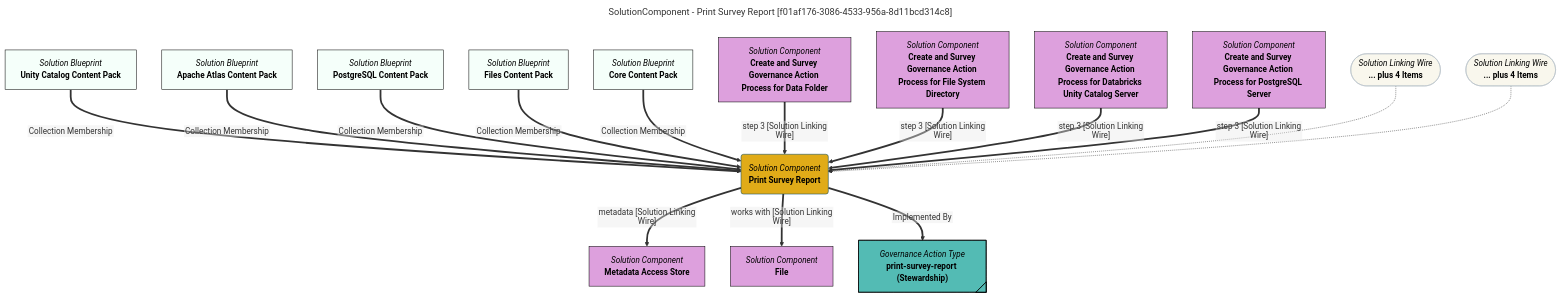
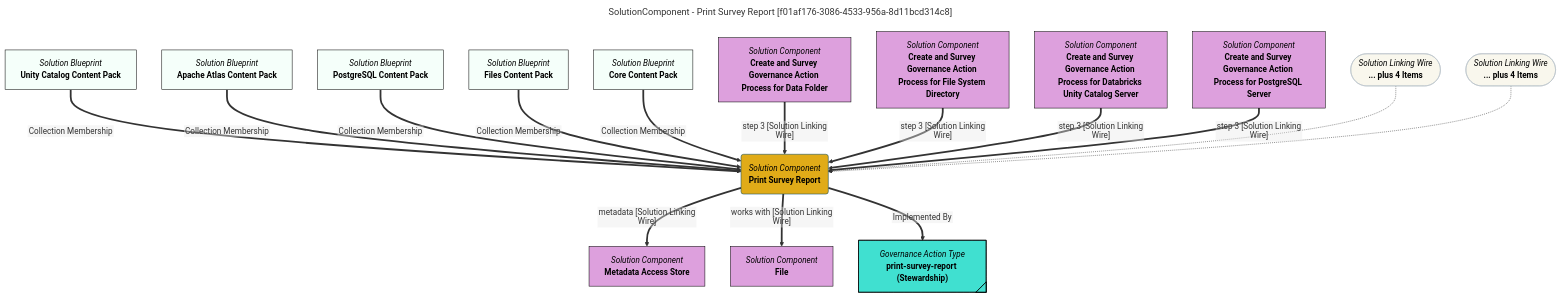
The diagram in site/snippets/blueprints/components/print-survey-report-mermaid-graph.md (odpi/egeria-docs), drawn with Mermaid before and after one commit. The commit also changed 2201 other files, not shown here.

````diff
--- a/site/snippets/blueprints/components/print-survey-report-mermaid-graph.md
+++ b/site/snippets/blueprints/components/print-survey-report-mermaid-graph.md
@@ -1,74 +1,74 @@
 ```mermaid
 ---
 title: SolutionComponent - Print Survey Report [f01af176-3086-4533-956a-8d11bcd314c8]
 ---
 flowchart TD
 %%{init: {"flowchart": {"htmlLabels": false}} }%%
 
 1@{ shape: rounded, label: "*Solution Component*
 **Print Survey Report**"}
 2@{ shape: rect, label: "*Solution Blueprint*
 **Unity Catalog Content Pack**"}
 2==>|"Collection Membership"|1
 3@{ shape: rect, label: "*Solution Blueprint*
 **Apache Atlas Content Pack**"}
 3==>|"Collection Membership"|1
 4@{ shape: rect, label: "*Solution Blueprint*
 **PostgreSQL Content Pack**"}
 4==>|"Collection Membership"|1
 5@{ shape: rect, label: "*Solution Blueprint*
 **Files Content Pack**"}
 5==>|"Collection Membership"|1
 6@{ shape: rect, label: "*Solution Blueprint*
 **Core Content Pack**"}
 6==>|"Collection Membership"|1
 7@{ shape: rect, label: "*Solution Component*
 **Create and Survey Governance Action Process for Data Folder**"}
 7==>|"step 3 [Solution Linking Wire]"|1
 8@{ shape: rect, label: "*Solution Component*
 **Metadata Access Store**"}
 1==>|"metadata [Solution Linking Wire]"|8
 9@{ shape: rect, label: "*Solution Component*
 **Create and Survey Governance Action Process for File System Directory**"}
 9==>|"step 3 [Solution Linking Wire]"|1
 10@{ shape: rect, label: "*Solution Component*
 **Create and Survey Governance Action Process for Databricks Unity Catalog Server**"}
 10==>|"step 3 [Solution Linking Wire]"|1
 11@{ shape: rect, label: "*Solution Component*
 **File**"}
 1==>|"works with [Solution Linking Wire]"|11
 12@{ shape: rect, label: "*Solution Component*
 **Create and Survey Governance Action Process for PostgreSQL Server**"}
 12==>|"step 3 [Solution Linking Wire]"|1
 13@{ shape: stadium, label: "*Solution Linking Wire*
 **... plus 4 Items**"}
 13-.->1
 14@{ shape: tag-rect, label: "*Governance Action Type*
 **print-survey-report (Stewardship)**"}
 1==>|"Implemented By"|14
 15@{ shape: stadium, label: "*Solution Linking Wire*
 **... plus 4 Items**"}
 15-.->1
-style 11 color:#000000, fill:#dda0dd, stroke:#000000
-style 12 color:#000000, fill:#dda0dd, stroke:#000000
+style 11 color:#000000, fill:#DDA0DD, stroke:#000000
+style 12 color:#000000, fill:#DDA0DD, stroke:#000000
 style 13 color:#000000, fill:#F9F7ED, stroke:#b7c0c7
-style 14 color:#000000, fill:#53bbb4, stroke:#000000
+style 14 color:#000000, fill:#40E0D0, stroke:#000000
 style 15 color:#000000, fill:#F9F7ED, stroke:#b7c0c7
 style 1 color:#000000, fill:#e0ab18, stroke:#004563
 style 2 color:#000000, fill:#f5fffa, stroke:#000000
 style 3 color:#000000, fill:#f5fffa, stroke:#000000
 style 4 color:#000000, fill:#f5fffa, stroke:#000000
 style 5 color:#000000, fill:#f5fffa, stroke:#000000
 style 6 color:#000000, fill:#f5fffa, stroke:#000000
-style 7 color:#000000, fill:#dda0dd, stroke:#000000
-style 8 color:#000000, fill:#dda0dd, stroke:#000000
-style 9 color:#000000, fill:#dda0dd, stroke:#000000
-style 10 color:#000000, fill:#dda0dd, stroke:#000000
+style 7 color:#000000, fill:#DDA0DD, stroke:#000000
+style 8 color:#000000, fill:#DDA0DD, stroke:#000000
+style 9 color:#000000, fill:#DDA0DD, stroke:#000000
+style 10 color:#000000, fill:#DDA0DD, stroke:#000000
 click 11 "https://egeria-project.org/types/2/0220-Files-and-Folders/" "Click for more documentation" _blank
 click 1 "https://egeria-project.org/concepts/governance-action-type/" "Click for more documentation" _blank
 click 12 "https://egeria-project.org/egeria-solutions/leveraging-postgres/overview/" "Click for more documentation" _blank
 click 7 "https://egeria-project.org/egeria-solutions/leveraging-files/overview/" "Click for more documentation" _blank
 click 8 "https://egeria-project.org/concepts/metadata-access-store/" "Click for more documentation" _blank
 click 9 "https://egeria-project.org/egeria-solutions/leveraging-files/overview/" "Click for more documentation" _blank
 click 10 "https://egeria-project.org/egeria-solutions/leveraging-unity-catalog/overview/" "Click for more documentation" _blank
 ```
````
